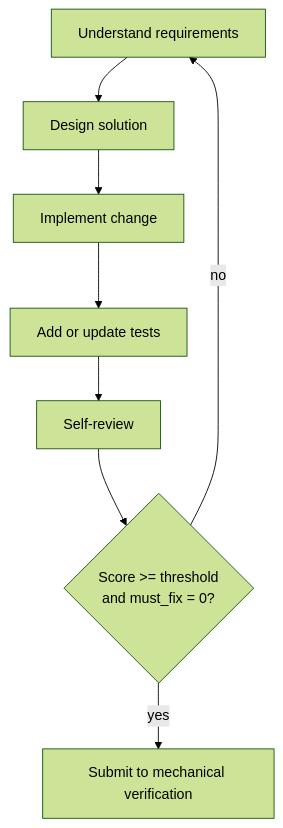
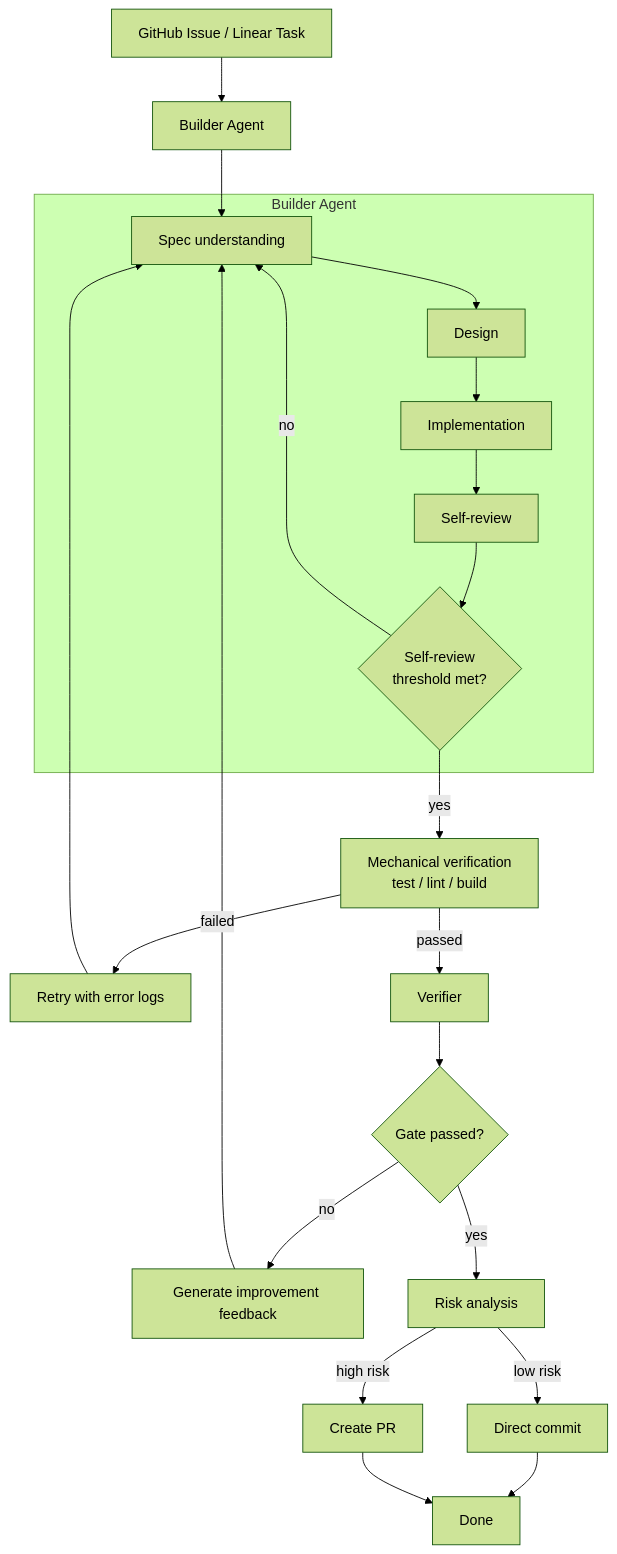
Before and after one commit to kaizen-agents-org/.github: the fourth of 6 diagrams in docs/architecture.md, drawn with Mermaid (forest theme). The commit also changed other lines of this file and 1 other file, not shown here.

````diff
--- a/docs/architecture.md
+++ b/docs/architecture.md
@@ -154,10 +118,34 @@
 ```mermaid
 flowchart TB
-    A["Understand requirements"] --> B["Design solution"]
-    B --> C["Implement change"]
-    C --> D["Add or update tests"]
-    D --> E["Self-review"]
-    E --> F{"Score >= threshold<br/>and must_fix = 0?"}
-    F -->|no| A
-    F -->|yes| G["Submit to mechanical verification"]
+    Task["GitHub Issue / Linear Task"] --> Start["Builder Agent"]
+
+    subgraph BuilderAgent["Builder Agent"]
+        Spec["Spec understanding"]
+        Design["Design"]
+        Implement["Implementation"]
+        SelfReview["Self-review"]
+        Threshold{"Self-review<br/>threshold met?"}
+
+        Spec --> Design --> Implement --> SelfReview --> Threshold
+        Threshold -->|no| Spec
+    end
+
+    Start --> Spec
+    Threshold -->|yes| Checks["Mechanical verification<br/>test / lint / build"]
+
+    Checks -->|failed| Logs["Retry with error logs"]
+    Logs --> Spec
+
+    Checks -->|passed| Verifier["Verifier"]
+    Verifier --> Gate{"Gate passed?"}
+
+    Gate -->|no| Feedback["Generate improvement feedback"]
+    Feedback --> Spec
+
+    Gate -->|yes| Risk["Risk analysis"]
+    Risk -->|low risk| Commit["Direct commit"]
+    Risk -->|high risk| PR["Create PR"]
+
+    Commit --> Done["Done"]
+    PR --> Done
 ```
````
